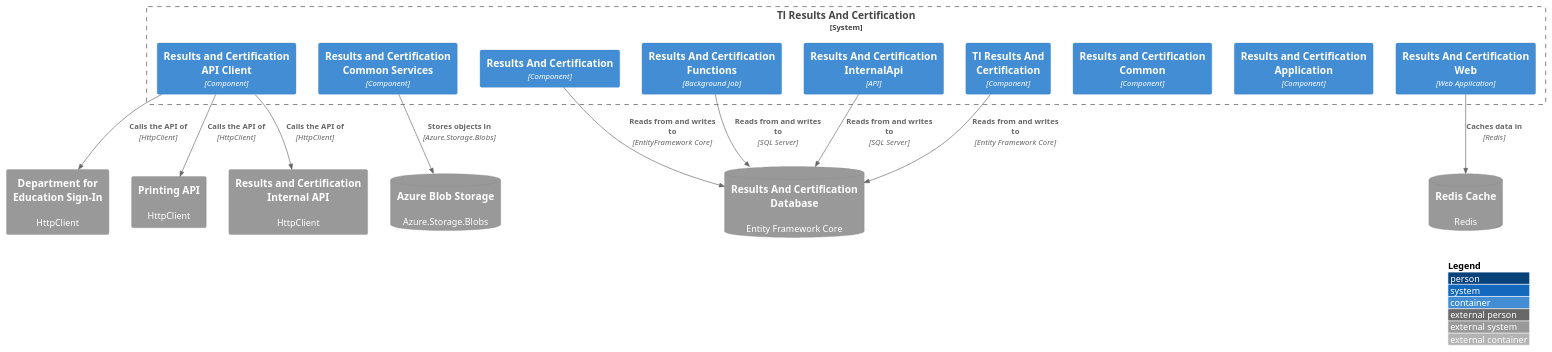
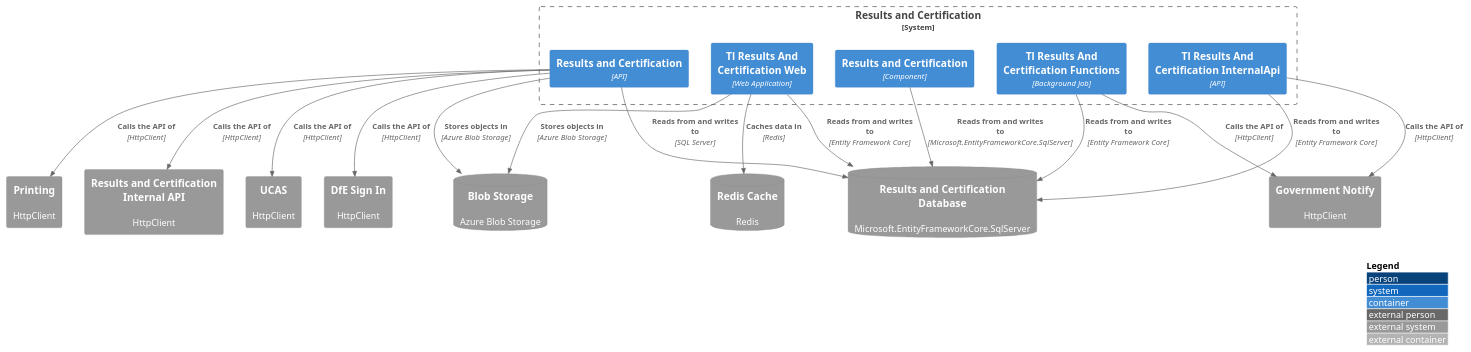
The diagram in tl-results-and-certification/service-dependencies/service-dependencies.puml (talentconsulting/atlas-dfe), drawn with PlantUML before and after one commit. The commit also changed 48 other files, not shown here.

```diff
--- a/tl-results-and-certification/service-dependencies/service-dependencies.puml
+++ b/tl-results-and-certification/service-dependencies/service-dependencies.puml
@@ -1,34 +1,37 @@
 @startuml
 !include https://raw.githubusercontent.com/plantuml-stdlib/C4-PlantUML/master/C4_Container.puml
 LAYOUT_WITH_LEGEND()
 
-System_Boundary(sys_SkillsFundingAgency_tl_results_and_certification, "Tl Results And Certification") {
-  Container(c_results_and_certification_api_client, "Results and Certification API Client", "Component")
-  Container(c_results_and_certification_application, "Results and Certification Application", "Component")
-  Container(c_results_and_certification_common, "Results and Certification Common", "Component")
-  Container(c_results_and_certification_common_services, "Results and Certification Common Services", "Component")
-  Container(c_results_and_certification_data, "Results And Certification", "Component")
-  Container(c_results_and_certification_functions, "Results And Certification Functions", "Background Job")
-  Container(c_results_and_certification_internalapi, "Results And Certification InternalApi", "API")
-  Container(c_results_and_certification_web, "Results And Certification Web", "Web Application")
-  Container(c_tl_results_and_certification, "Tl Results And Certification", "Component")
+System_Boundary(sys_SkillsFundingAgency_tl_results_and_certification, "Results and Certification") {
+  Container(c_results_and_certification, "Results and Certification", "API")
+  Container(c_results_and_certification_data, "Results and Certification", "Component")
+  Container(c_tl_results_and_certification_functions, "Tl Results And Certification Functions", "Background Job")
+  Container(c_tl_results_and_certification_internalapi, "Tl Results And Certification InternalApi", "API")
+  Container(c_tl_results_and_certification_web, "Tl Results And Certification Web", "Web Application")
 }
 
 SystemDb_Ext(d_cache_redis_cache, "Redis Cache", "Redis")
-SystemDb_Ext(d_database_results_and_certification_database, "Results And Certification Database", "Entity Framework Core")
-System_Ext(d_http_api_department_for_education_sign_in, "Department for Education Sign-In", "HttpClient")
-System_Ext(d_http_api_printing_api, "Printing API", "HttpClient")
+SystemDb_Ext(d_database_results_and_certification_database, "Results and Certification Database", "Microsoft.EntityFrameworkCore.SqlServer")
+System_Ext(d_http_api_dfe_sign_in, "DfE Sign In", "HttpClient")
+System_Ext(d_http_api_government_notify, "Government Notify", "HttpClient")
+System_Ext(d_http_api_printing, "Printing", "HttpClient")
 System_Ext(d_http_api_results_and_certification_internal_api, "Results and Certification Internal API", "HttpClient")
-SystemDb_Ext(d_object_storage_azure_blob_storage, "Azure Blob Storage", "Azure.Storage.Blobs")
+System_Ext(d_http_api_ucas, "UCAS", "HttpClient")
+SystemDb_Ext(d_object_storage_blob_storage, "Blob Storage", "Azure Blob Storage")
 
-Rel(c_results_and_certification_web, d_cache_redis_cache, "Caches data in", "Redis")
-Rel(c_tl_results_and_certification, d_database_results_and_certification_database, "Reads from and writes to", "Entity Framework Core")
-Rel(c_results_and_certification_data, d_database_results_and_certification_database, "Reads from and writes to", "EntityFramework Core")
-Rel(c_results_and_certification_functions, d_database_results_and_certification_database, "Reads from and writes to", "SQL Server")
-Rel(c_results_and_certification_internalapi, d_database_results_and_certification_database, "Reads from and writes to", "SQL Server")
-Rel(c_results_and_certification_api_client, d_http_api_department_for_education_sign_in, "Calls the API of", "HttpClient")
-Rel(c_results_and_certification_api_client, d_http_api_printing_api, "Calls the API of", "HttpClient")
-Rel(c_results_and_certification_api_client, d_http_api_results_and_certification_internal_api, "Calls the API of", "HttpClient")
-Rel(c_results_and_certification_common_services, d_object_storage_azure_blob_storage, "Stores objects in", "Azure.Storage.Blobs")
+Rel(c_tl_results_and_certification_web, d_cache_redis_cache, "Caches data in", "Redis")
+Rel(c_results_and_certification_data, d_database_results_and_certification_database, "Reads from and writes to", "Microsoft.EntityFrameworkCore.SqlServer")
+Rel(c_results_and_certification, d_database_results_and_certification_database, "Reads from and writes to", "SQL Server")
+Rel(c_tl_results_and_certification_functions, d_database_results_and_certification_database, "Reads from and writes to", "Entity Framework Core")
+Rel(c_tl_results_and_certification_internalapi, d_database_results_and_certification_database, "Reads from and writes to", "Entity Framework Core")
+Rel(c_tl_results_and_certification_web, d_database_results_and_certification_database, "Reads from and writes to", "Entity Framework Core")
+Rel(c_results_and_certification, d_http_api_dfe_sign_in, "Calls the API of", "HttpClient")
+Rel(c_tl_results_and_certification_functions, d_http_api_government_notify, "Calls the API of", "HttpClient")
+Rel(c_tl_results_and_certification_internalapi, d_http_api_government_notify, "Calls the API of", "HttpClient")
+Rel(c_results_and_certification, d_http_api_printing, "Calls the API of", "HttpClient")
+Rel(c_results_and_certification, d_http_api_results_and_certification_internal_api, "Calls the API of", "HttpClient")
+Rel(c_results_and_certification, d_http_api_ucas, "Calls the API of", "HttpClient")
+Rel(c_results_and_certification, d_object_storage_blob_storage, "Stores objects in", "Azure Blob Storage")
+Rel(c_tl_results_and_certification_web, d_object_storage_blob_storage, "Stores objects in", "Azure Blob Storage")
 
 @enduml
```
